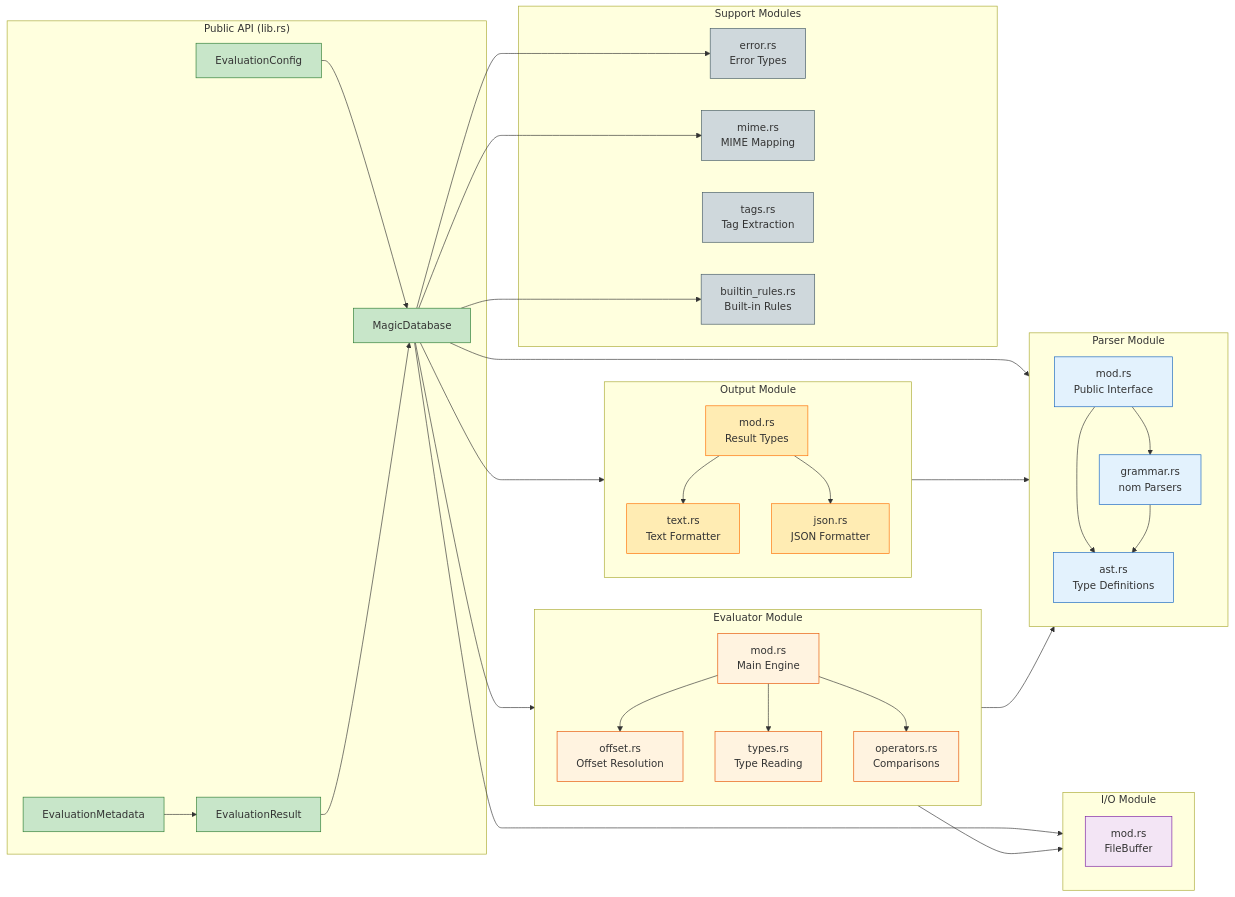
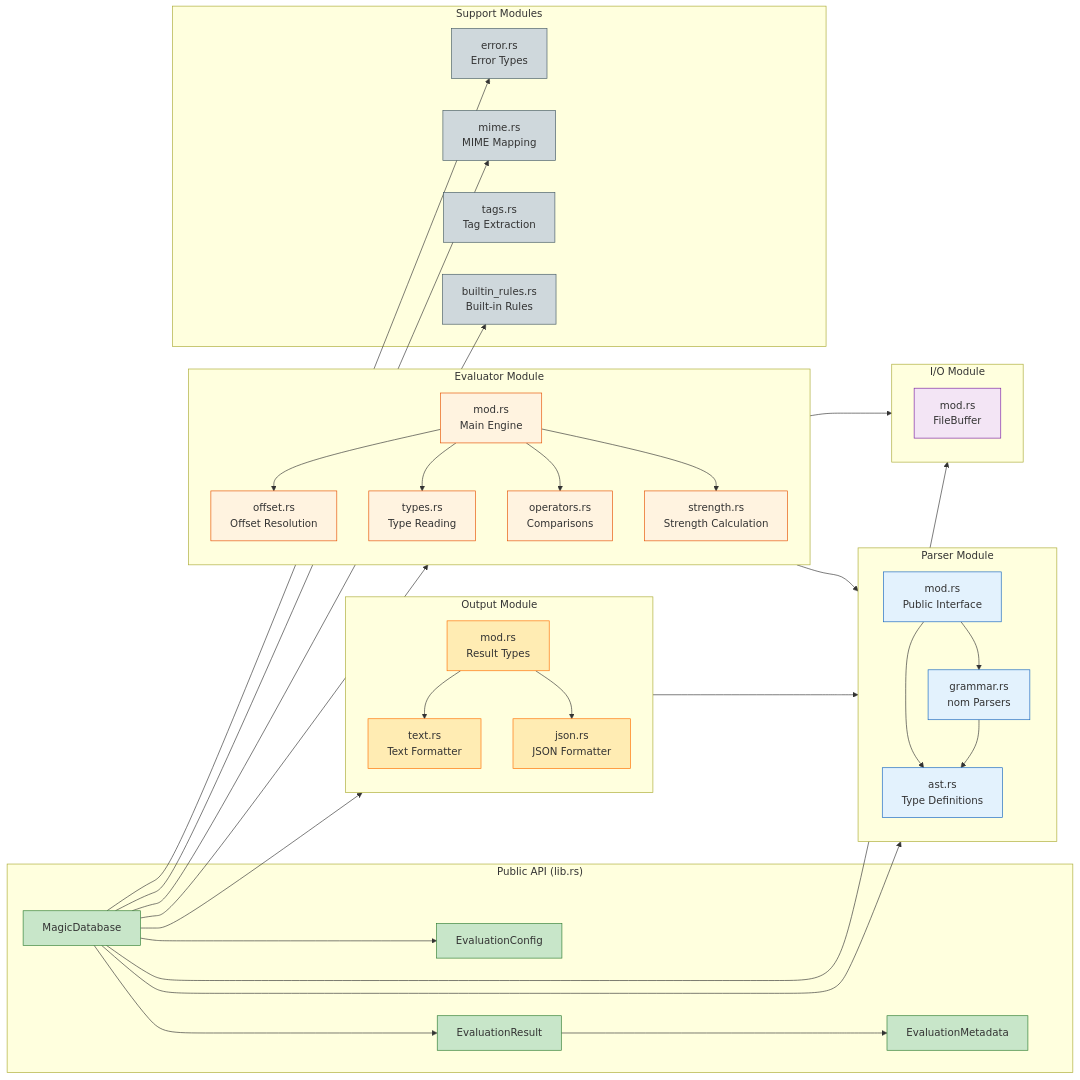
The diagram in docs/diagrams/module-structure.mmd (EvilBit-Labs/libmagic-rs), drawn with Mermaid before and after one commit. The commit also changed 10 other files, not shown here.

```diff
--- a/docs/diagrams/module-structure.mmd
+++ b/docs/diagrams/module-structure.mmd
@@ -1,85 +1,87 @@
 %% libmagic-rs Module Structure
 %% Render with: mmdc -i module-structure.mmd -o module-structure.svg
 
 graph LR
     subgraph "Public API (lib.rs)"
         MDB[MagicDatabase]
         EC[EvaluationConfig]
         ER[EvaluationResult]
         EM[EvaluationMetadata]
     end
 
     subgraph "Parser Module"
         direction TB
         PM[mod.rs<br/>Public Interface]
         AST[ast.rs<br/>Type Definitions]
         GRAM[grammar.rs<br/>nom Parsers]
 
         PM --> AST
         PM --> GRAM
         GRAM --> AST
     end
 
     subgraph "Evaluator Module"
         direction TB
         EMOD[mod.rs<br/>Main Engine]
         OFF[offset.rs<br/>Offset Resolution]
         TYPES[types.rs<br/>Type Reading]
         OPS[operators.rs<br/>Comparisons]
+        STRENGTH[strength.rs<br/>Strength Calculation]
 
         EMOD --> OFF
         EMOD --> TYPES
         EMOD --> OPS
+        EMOD --> STRENGTH
     end
 
     subgraph "I/O Module"
         direction TB
         IOMOD[mod.rs<br/>FileBuffer]
     end
 
     subgraph "Output Module"
         direction TB
         OMOD[mod.rs<br/>Result Types]
         TXT[text.rs<br/>Text Formatter]
         JSON[json.rs<br/>JSON Formatter]
 
         OMOD --> TXT
         OMOD --> JSON
     end
 
     subgraph "Support Modules"
         ERR[error.rs<br/>Error Types]
         MIME[mime.rs<br/>MIME Mapping]
         TAGS[tags.rs<br/>Tag Extraction]
         BUILT[builtin_rules.rs<br/>Built-in Rules]
     end
 
     MDB --> PM
     MDB --> EMOD
     MDB --> IOMOD
     MDB --> OMOD
     MDB --> ERR
     MDB --> MIME
     MDB --> BUILT
 
-    EC --> MDB
-    ER --> MDB
-    EM --> ER
+    MDB --> EC
+    MDB --> ER
+    ER --> EM
 
     EMOD --> IOMOD
     EMOD --> AST
     OMOD --> AST
 
     classDef public fill:#c8e6c9,stroke:#2e7d32
     classDef parser fill:#e3f2fd,stroke:#1565c0
     classDef eval fill:#fff3e0,stroke:#e65100
     classDef io fill:#f3e5f5,stroke:#7b1fa2
     classDef output fill:#ffecb3,stroke:#ff6f00
     classDef support fill:#cfd8dc,stroke:#455a64
 
     class MDB,EC,ER,EM public
     class PM,AST,GRAM parser
-    class EMOD,OFF,TYPES,OPS eval
+    class EMOD,OFF,TYPES,OPS,STRENGTH eval
     class IOMOD io
     class OMOD,TXT,JSON output
     class ERR,MIME,TAGS,BUILT support
```
